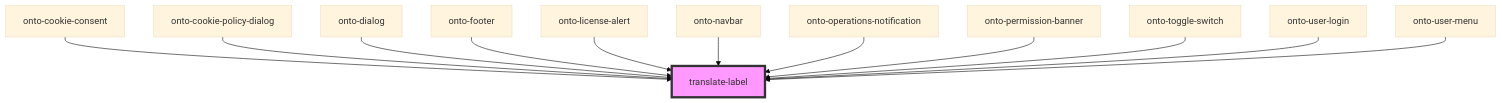
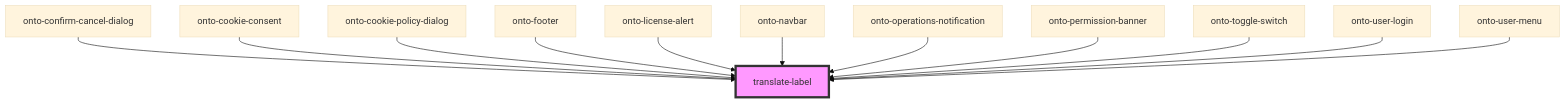
Before and after one commit to Ontotext-AD/graphdb-workbench: the diagram in packages/shared-components/src/components/translate-label/readme.md, drawn with Mermaid (base theme). The commit also changed other lines of this file and 102 other files, not shown here.

````diff
--- a/packages/shared-components/src/components/translate-label/readme.md
+++ b/packages/shared-components/src/components/translate-label/readme.md
@@ -44,15 +44,15 @@
 ```mermaid
 graph TD;
+  onto-confirm-cancel-dialog --> translate-label
   onto-cookie-consent --> translate-label
   onto-cookie-policy-dialog --> translate-label
-  onto-dialog --> translate-label
   onto-footer --> translate-label
   onto-license-alert --> translate-label
   onto-navbar --> translate-label
   onto-operations-notification --> translate-label
   onto-permission-banner --> translate-label
   onto-toggle-switch --> translate-label
   onto-user-login --> translate-label
   onto-user-menu --> translate-label
   style translate-label fill:#f9f,stroke:#333,stroke-width:4px
 ```
````
